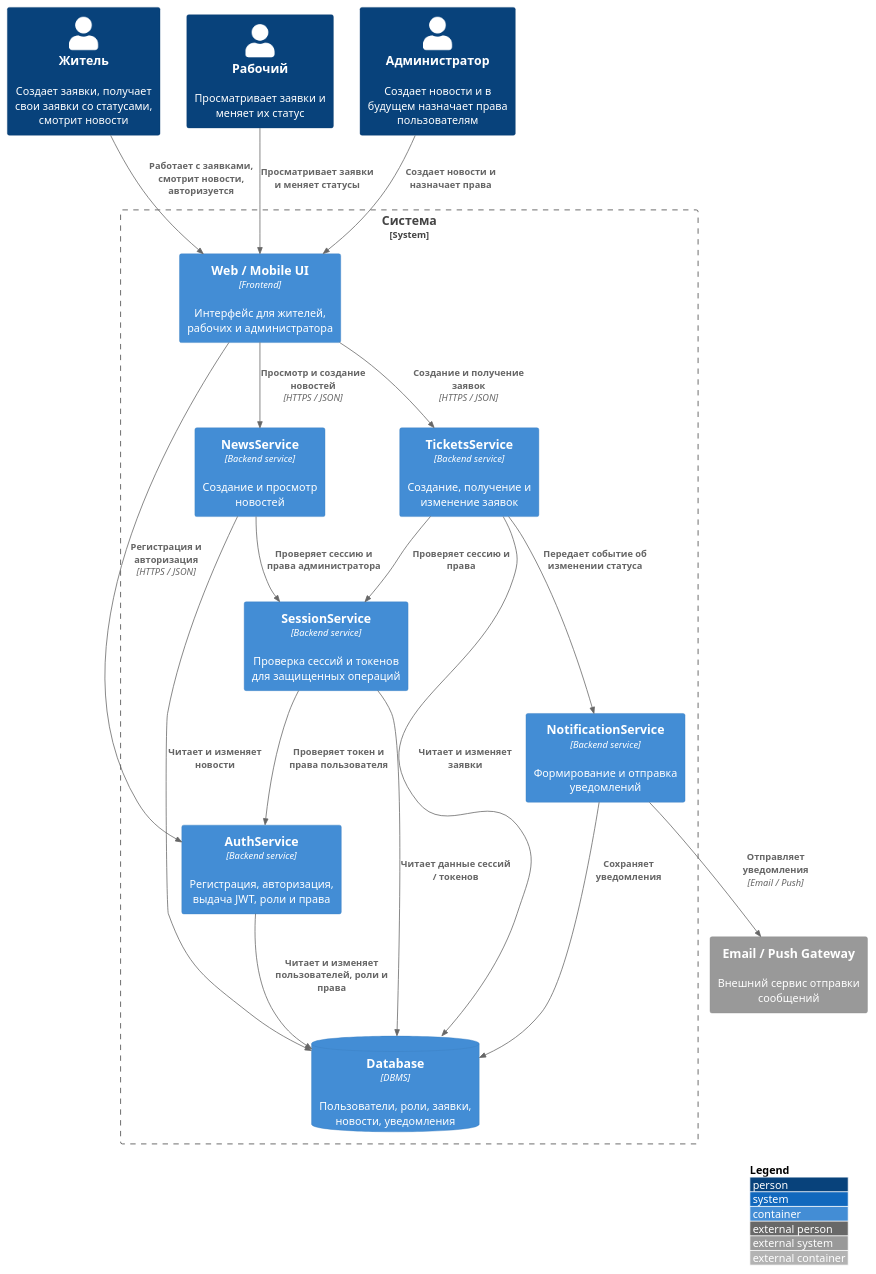
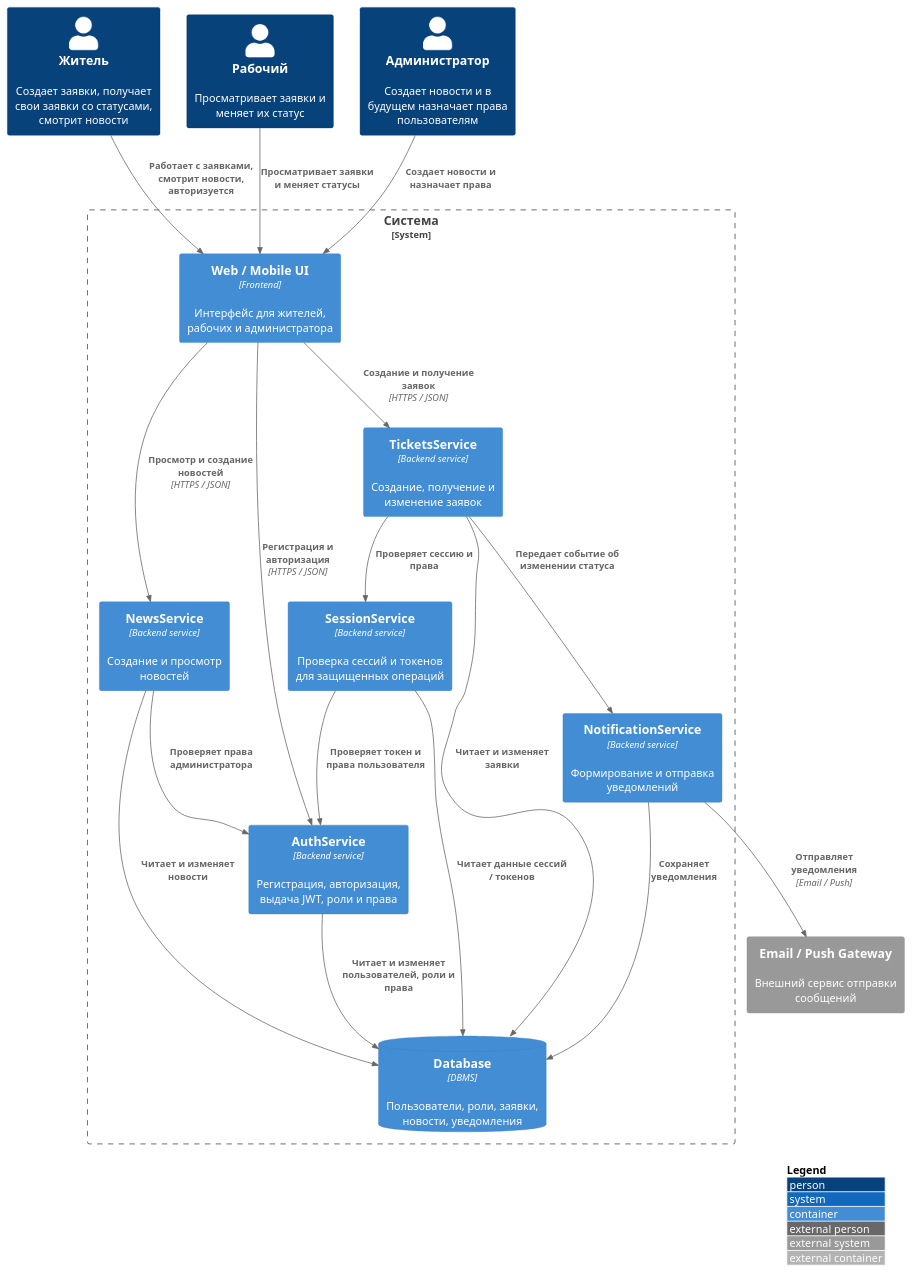
Before and after one commit to ArthurDavletov/ufanet_practice_zheu: the diagram in diagrams/c4.wsd, drawn with PlantUML. The commit also changed 1 other file, not shown here.

```diff
--- a/diagrams/c4.wsd
+++ b/diagrams/c4.wsd
@@ -1,45 +1,45 @@
 @startuml C4_Container
 !includeurl https://raw.githubusercontent.com/plantuml-stdlib/C4-PlantUML/master/C4_Container.puml
 
 LAYOUT_WITH_LEGEND()
 
 Person(resident, "Житель", "Создает заявки, получает свои заявки со статусами, смотрит новости")
 Person(worker, "Рабочий", "Просматривает заявки и меняет их статус")
 Person(admin, "Администратор", "Создает новости и в будущем назначает права пользователям")
 
 System_Boundary(system, "Система") {
     Container(ui, "Web / Mobile UI", "Frontend", "Интерфейс для жителей, рабочих и администратора")
 
     Container(auth, "AuthService", "Backend service", "Регистрация, авторизация, выдача JWT, роли и права")
     Container(session, "SessionService", "Backend service", "Проверка сессий и токенов для защищенных операций")
     Container(tickets, "TicketsService", "Backend service", "Создание, получение и изменение заявок")
     Container(news, "NewsService", "Backend service", "Создание и просмотр новостей")
     Container(notification, "NotificationService", "Backend service", "Формирование и отправка уведомлений")
 
     ContainerDb(db, "Database", "DBMS", "Пользователи, роли, заявки, новости, уведомления")
 }
 
 System_Ext(messageGateway, "Email / Push Gateway", "Внешний сервис отправки сообщений")
 
 Rel(resident, ui, "Работает с заявками, смотрит новости, авторизуется")
 Rel(worker, ui, "Просматривает заявки и меняет статусы")
 Rel(admin, ui, "Создает новости и назначает права")
 
 Rel(ui, auth, "Регистрация и авторизация", "HTTPS / JSON")
 Rel(ui, tickets, "Создание и получение заявок", "HTTPS / JSON")
 Rel(ui, news, "Просмотр и создание новостей", "HTTPS / JSON")
 
 Rel(tickets, session, "Проверяет сессию и права")
-Rel(news, session, "Проверяет сессию и права администратора")
+Rel(news, auth, "Проверяет права администратора")
 Rel(session, auth, "Проверяет токен и права пользователя")
 
 Rel(auth, db, "Читает и изменяет пользователей, роли и права")
 Rel(session, db, "Читает данные сессий / токенов")
 Rel(tickets, db, "Читает и изменяет заявки")
 Rel(news, db, "Читает и изменяет новости")
 Rel(notification, db, "Сохраняет уведомления")
 
 Rel(tickets, notification, "Передает событие об изменении статуса")
 Rel(notification, messageGateway, "Отправляет уведомления", "Email / Push")
 
 @enduml
```
